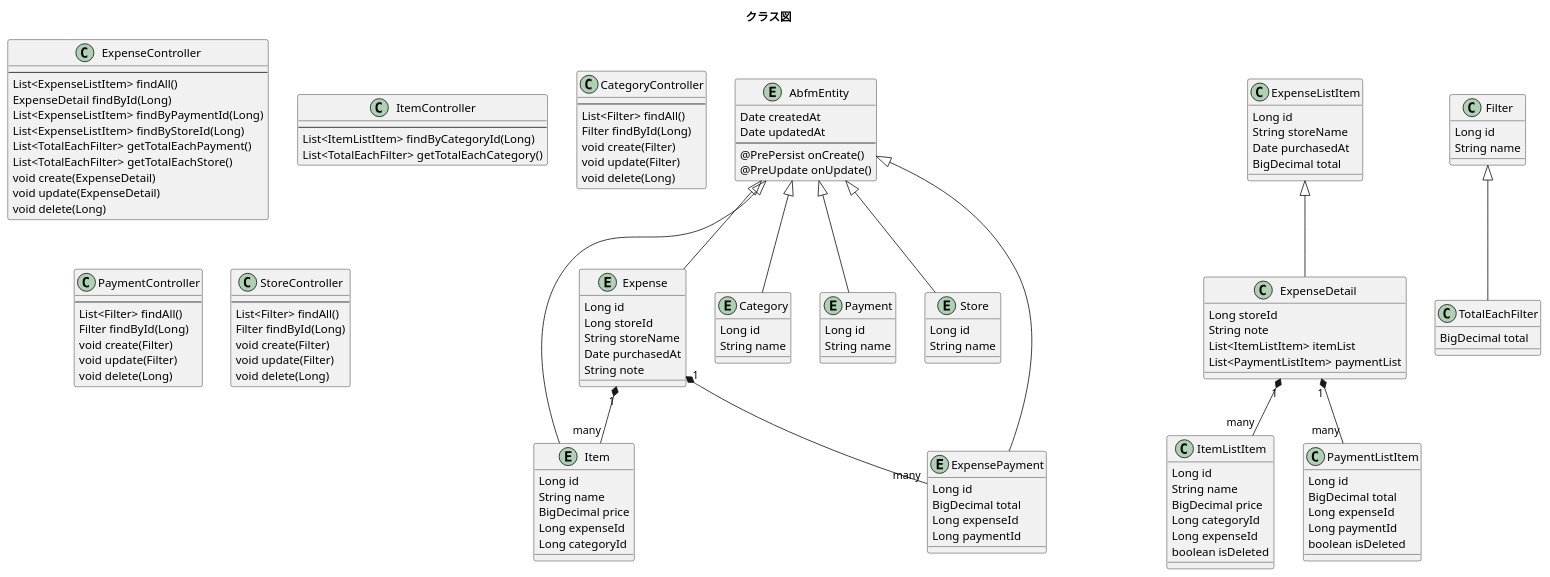
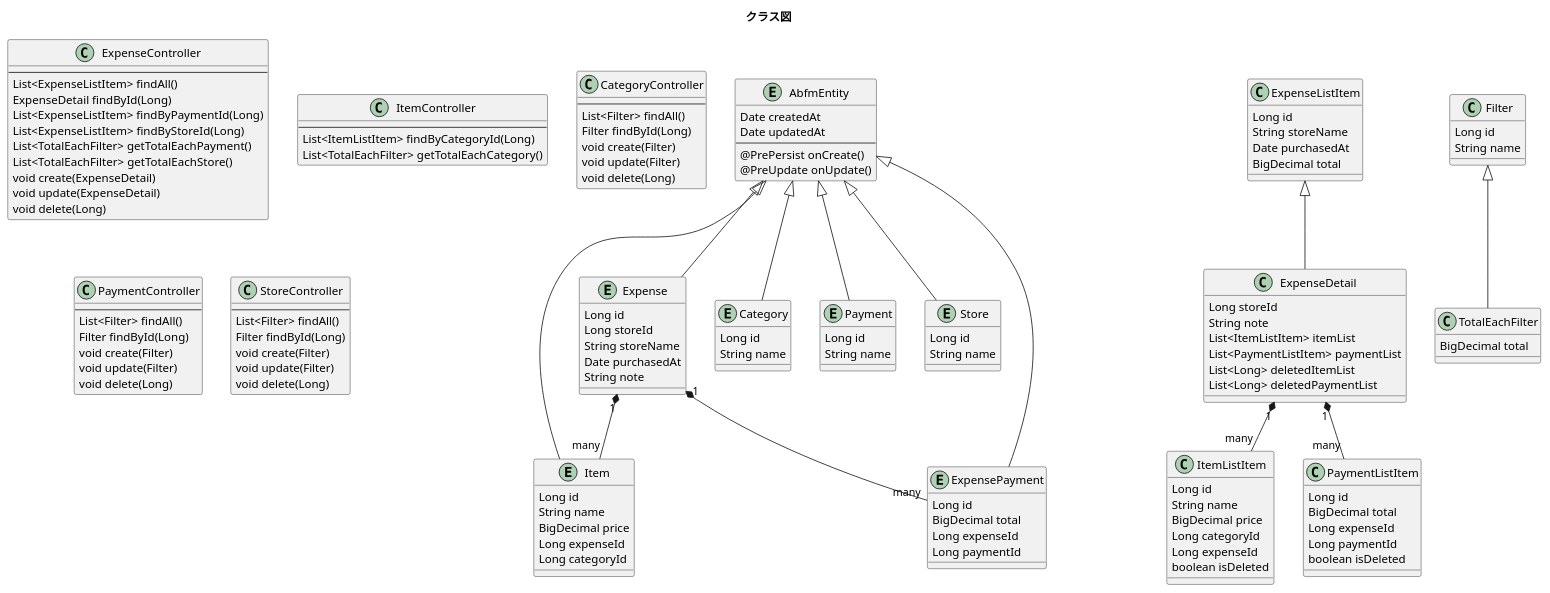
The diagram in docs/クラス図.pu (tatzacker/AccountBookForMe_server), drawn with PlantUML before and after one commit. The commit also changed 3 other files, not shown here.

```diff
--- a/docs/クラス図.pu
+++ b/docs/クラス図.pu
@@ -1,154 +1,156 @@
 @startuml
 title クラス図
 
 entity AbfmEntity {
     Date createdAt
     Date updatedAt
     --
     @PrePersist onCreate()
     @PreUpdate onUpdate()
 }
 
 entity Expense {
     Long id
     Long storeId
     String storeName
     Date purchasedAt
     String note
 }
 
 entity Item {
     Long id
     String name
     BigDecimal price
     Long expenseId
     Long categoryId
 }
 
 entity Category {
     Long id
     String name
 }
 
 entity Payment {
     Long id
     String name
 }
 
 entity Store {
     Long id
     String name
 }
 
 entity ExpensePayment {
     Long id
     BigDecimal total
     Long expenseId
     Long paymentId
 }
 
 AbfmEntity <|-- Expense
 AbfmEntity <|-- Item
 AbfmEntity <|-- Category
 AbfmEntity <|-- Payment
 AbfmEntity <|-- Store
 AbfmEntity <|-- ExpensePayment
 
 Expense "1" *-- "many" Item
 Expense "1" *-- "many" ExpensePayment
 
 
 class ExpenseListItem {
     Long id
     String storeName
     Date purchasedAt
     BigDecimal total
 }
 
 class ExpenseDetail {
     Long storeId
     String note
     List<ItemListItem> itemList
     List<PaymentListItem> paymentList
+    List<Long> deletedItemList
+    List<Long> deletedPaymentList
 }
 
 ExpenseListItem <|-- ExpenseDetail
 
 class ItemListItem {
     Long id
     String name
     BigDecimal price
     Long categoryId
     Long expenseId
     boolean isDeleted
 }
 
 class PaymentListItem {
     Long id
     BigDecimal total
     Long expenseId
     Long paymentId
     boolean isDeleted
 }
 
 ExpenseDetail "1" *-- "many" ItemListItem
 ExpenseDetail "1" *-- "many" PaymentListItem
 
 class Filter {
     Long id
     String name
 }
 
 class TotalEachFilter {
     BigDecimal total
 }
 
 Filter <|-- TotalEachFilter
 
 class ExpenseController {
     --
     List<ExpenseListItem> findAll()
     ExpenseDetail findById(Long)
     List<ExpenseListItem> findByPaymentId(Long)
     List<ExpenseListItem> findByStoreId(Long)
     List<TotalEachFilter> getTotalEachPayment()
     List<TotalEachFilter> getTotalEachStore()
     void create(ExpenseDetail)
     void update(ExpenseDetail)
     void delete(Long)
 }
 
 class ItemController {
     --
     List<ItemListItem> findByCategoryId(Long)
     List<TotalEachFilter> getTotalEachCategory()
 }
 
 class CategoryController {
     --
     List<Filter> findAll()
     Filter findById(Long)    
     void create(Filter)
     void update(Filter)
     void delete(Long)
 }
 
 class PaymentController {
     --
     List<Filter> findAll()
     Filter findById(Long)    
     void create(Filter)
     void update(Filter)
     void delete(Long)
 }
 
 class StoreController {
     --
     List<Filter> findAll()
     Filter findById(Long)    
     void create(Filter)
     void update(Filter)
     void delete(Long)
 }
 
 @enduml
```
